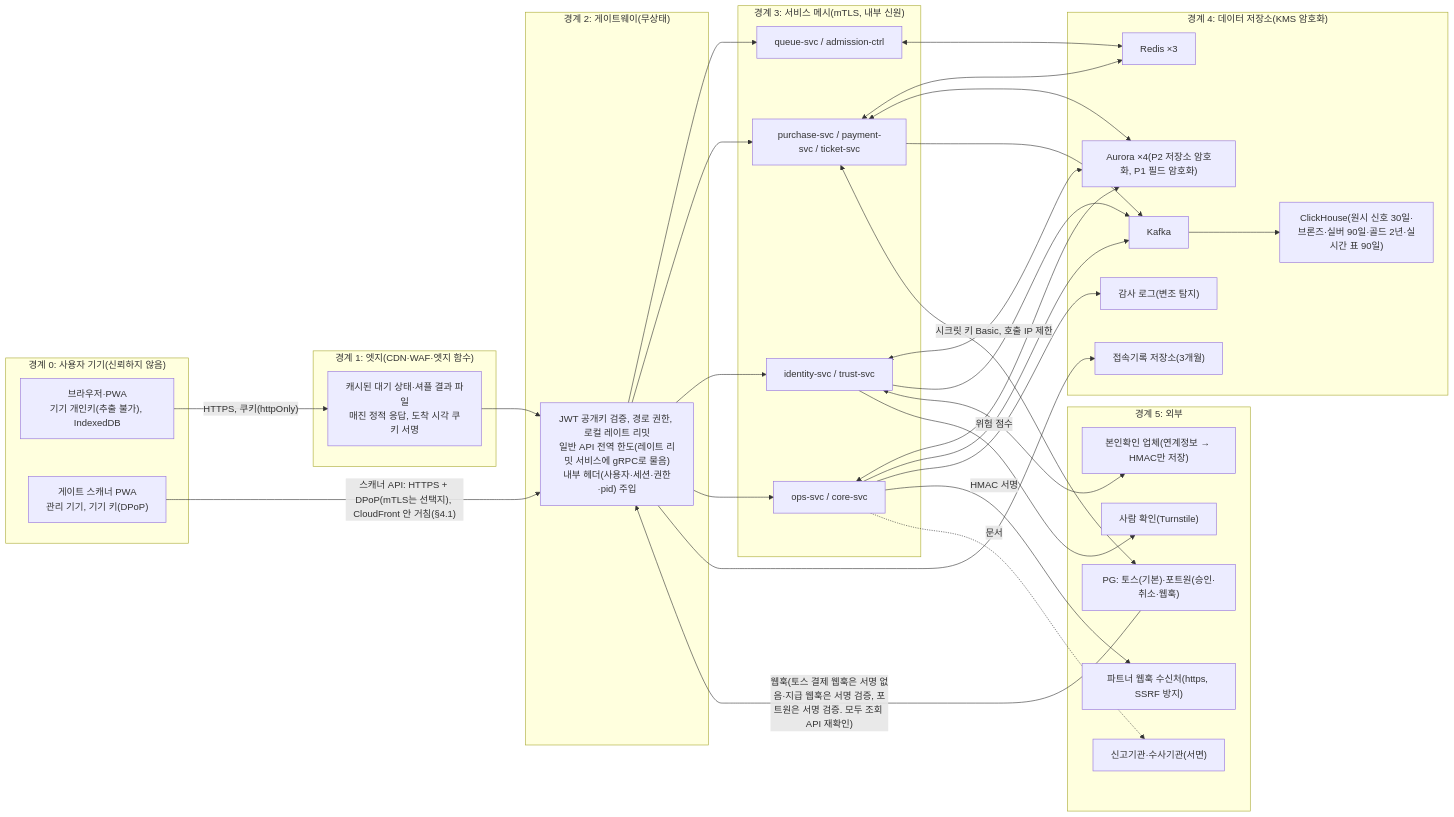
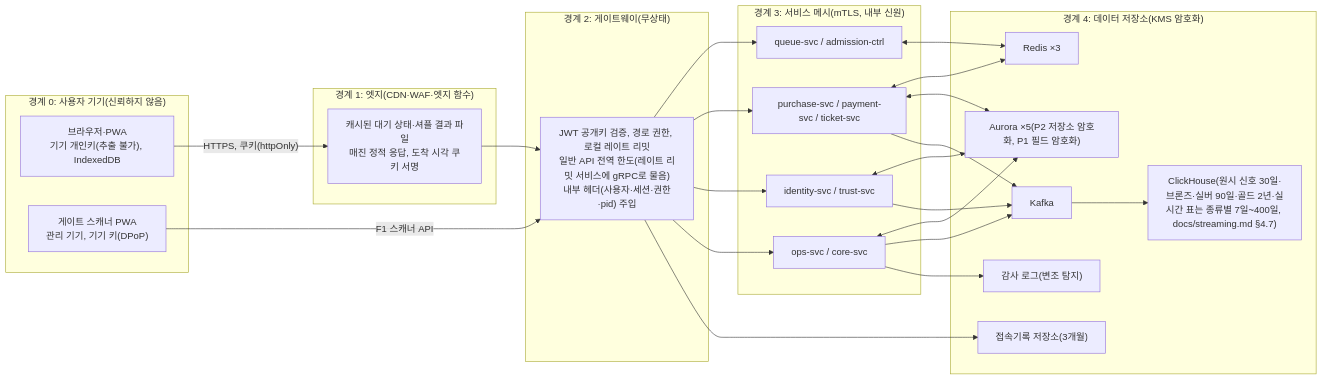
Before and after one commit to peaket/peaket: the fourth of 6 diagrams in docs/infra.md, drawn with Mermaid. The commit also changed other lines of this file and 101 other files, not shown here.

````diff
--- a/docs/infra.md
+++ b/docs/infra.md
@@ -88,27 +181,38 @@
 ```mermaid
 flowchart LR
     subgraph TB0["경계 0: 사용자 기기(신뢰하지 않음)"]
         B["브라우저·PWA\n기기 개인키(추출 불가), IndexedDB"]
         SC["게이트 스캐너 PWA\n관리 기기, 기기 키(DPoP)"]
     end
     subgraph TB1["경계 1: 엣지(CDN·WAF·엣지 함수)"]
         E["캐시된 대기 상태·셔플 결과 파일\n매진 정적 응답, 도착 시각 쿠키 서명"]
     end
     subgraph TB2["경계 2: 게이트웨이(무상태)"]
         G["JWT 공개키 검증, 경로 권한, 로컬 레이트 리밋\n일반 API 전역 한도(레이트 리밋 서비스에 gRPC로 물음)\n내부 헤더(사용자·세션·권한·pid) 주입"]
     end
     subgraph TB3["경계 3: 서비스 메시(mTLS, 내부 신원)"]
-        Q["queue-svc / admission-ctrl"]; P["purchase-svc / payment-svc / ticket-svc"]; I["identity-svc / trust-svc"]; O["ops-svc / core-svc"]
+        Q["queue-svc / admission-ctrl"]
+        P["purchase-svc / payment-svc / ticket-svc"]
+        I["identity-svc / trust-svc"]
+        O["ops-svc / core-svc"]
     end
     subgraph TB4["경계 4: 데이터 저장소(KMS 암호화)"]
-        R["Redis ×3"]; DB["Aurora ×4(P2 저장소 암호화, P1 필드 암호화)"]; K["Kafka"]; C["ClickHouse(원시 신호 30일·브론즈·실버 90일·골드 2년·실시간 표 90일)"]; L["접속기록 저장소(3개월)"]; A["감사 로그(변조 탐지)"]
+        R["Redis ×3"]
+        DB["Aurora ×5(P2 저장소 암호화, P1 필드 암호화)"]
+        K["Kafka"]
+        C["ClickHouse(원시 신호 30일·브론즈·실버 90일·골드 2년·실시간 표는 종류별 7일~400일, docs/streaming.md §4.7)"]
+        L["접속기록 저장소(3개월)"]
+        A["감사 로그(변조 탐지)"]
     end
-    subgraph TB5["경계 5: 외부"]
-        X1["PG: 토스(기본)·포트원(승인·취소·웹훅)"]; X2["본인확인 업체(연계정보 → HMAC만 저장)"]; X3["사람 확인(Turnstile)"]; X4["파트너 웹훅 수신처(https, SSRF 방지)"]; X5["신고기관·수사기관(서면)"]
-    end
-    B -->|"HTTPS, 쿠키(httpOnly)"| E --> G --> Q & P & I & O
-    SC -->|"스캐너 API: HTTPS + DPoP(mTLS는 선택지), CloudFront 안 거침(§4.1)"| G
-    Q <--> R; P <--> R; P <--> DB; I <--> DB; O <--> DB; P & O & I --> K --> C; G --> L; O --> A
-    P <-->|"시크릿 키 Basic, 호출 IP 제한"| X1; X1 -->|"웹훅(토스 결제 웹훅은 서명 없음·지급 웹훅은 서명 검증, 포트원은 서명 검증. 모두 조회 API 재확인)"| G
-    I <--> X2; I -->|"위험 점수"| X3; O -->|"HMAC 서명"| X4; O -.문서.-> X5
+    B -->|"HTTPS, 쿠키(httpOnly)"| E --> G
+    SC -->|"F1 스캐너 API"| G
+    G --> Q & P & I & O
+    G --> L
+    Q <--> R
+    P <--> R
+    P <--> DB
+    I <--> DB
+    O <--> DB
+    P & O & I --> K --> C
+    O --> A
 ```
````
